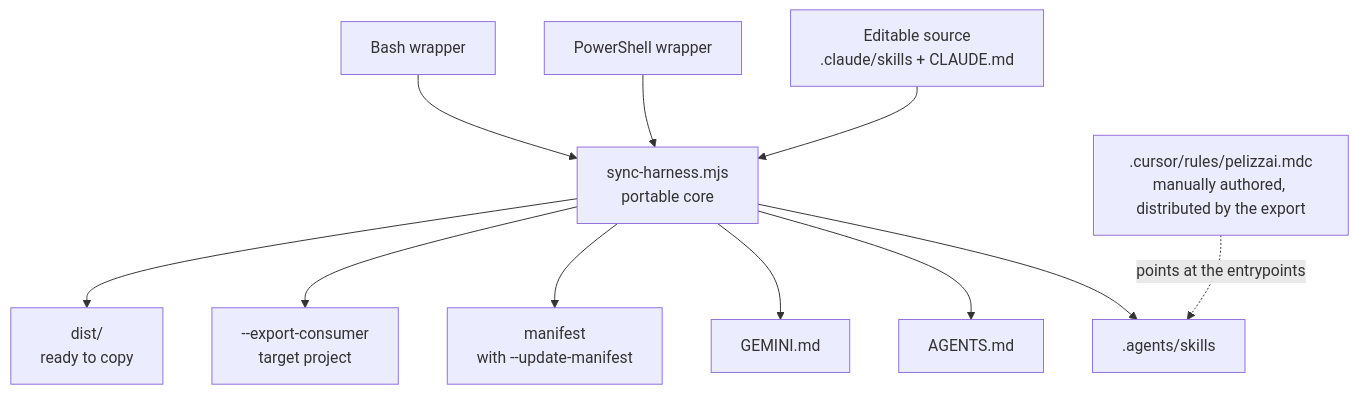
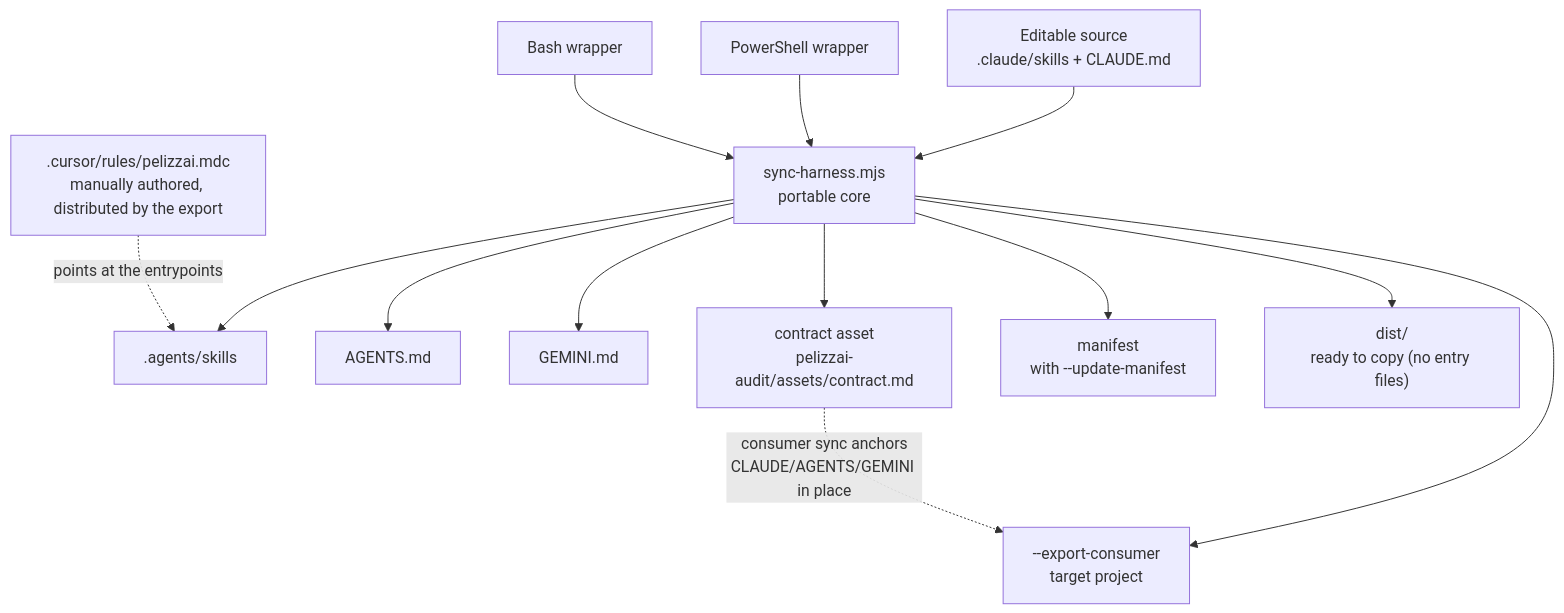
One commit to rpelizza/PelizzAI changed the eighth of 8 diagrams in README.md. Above: the diagram before and after it, drawn with Mermaid. The commit also changed other lines of this file and 5 other files, not shown here.

````diff
--- a/README.md
+++ b/README.md
@@ -458,13 +462,15 @@
 ```mermaid
 flowchart TD
     SRC["Editable source<br/>.claude/skills + CLAUDE.md"] --> SYNC["sync-harness.mjs<br/>portable core"]
     PS["PowerShell wrapper"] --> SYNC
     SH["Bash wrapper"] --> SYNC
     SYNC --> AS[".agents/skills"]
     SYNC --> AG["AGENTS.md"]
     SYNC --> GE["GEMINI.md"]
+    SYNC --> CTR["contract asset<br/>pelizzai-audit/assets/contract.md"]
     SYNC --> MF["manifest<br/>with --update-manifest"]
     SYNC --> EXP["--export-consumer<br/>target project"]
-    SYNC --> DIST["dist/<br/>ready to copy"]
+    SYNC --> DIST["dist/<br/>ready to copy (no entry files)"]
+    CTR -.->|consumer sync anchors<br/>CLAUDE/AGENTS/GEMINI in place| EXP
     CUR[".cursor/rules/pelizzai.mdc<br/>manually authored, distributed by the export"] -.->|points at the entrypoints| AS
 ```
````
